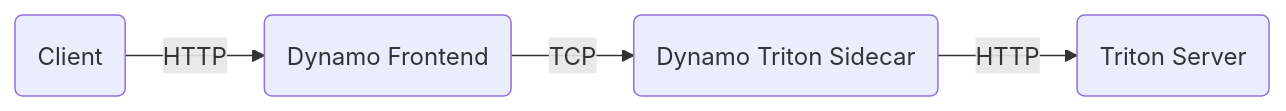
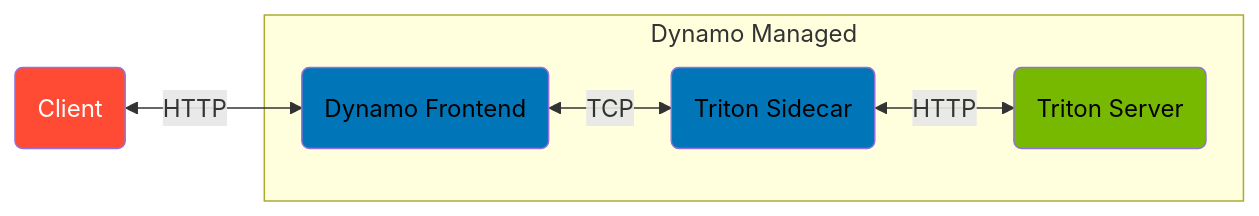
One commit to ai-dynamo/dynamo changed the second of 2 diagrams in lib/sidecar/triton/README.md. Above: the diagram before and after it, drawn with Mermaid. The commit also changed other lines of this file, not shown here.

Commit message:
add data flow diagrams
Requested by @akshatha-k.

````diff
--- a/lib/sidecar/triton/README.md
+++ b/lib/sidecar/triton/README.md
@@ -135,6 +142,13 @@
 ```mermaid
 graph LR
-  A(Client) -- HTTP --> B(Dynamo Frontend)
-  B(Dynamo Frontend) -- TCP --> C(Dynamo Triton Sidecar)
-  C(Dynamo Triton Sidecar) -- HTTP --> D(Triton Server)
+  classDef client color:#FFFFFF,fill:#FF4B33
+  classDef dynamo color:#000000,fill:#0076B9
+  classDef triton color:#000000,fill:#76B900
+  A(Client):::client
+  subgraph 1[Dynamo Managed]
+    B(Dynamo Frontend):::dynamo
+    C(Triton Sidecar):::dynamo
+    D(Triton Server):::triton
+  end
+  A <-- HTTP --> B <-- TCP --> C <-- HTTP --> D
 ```
````
